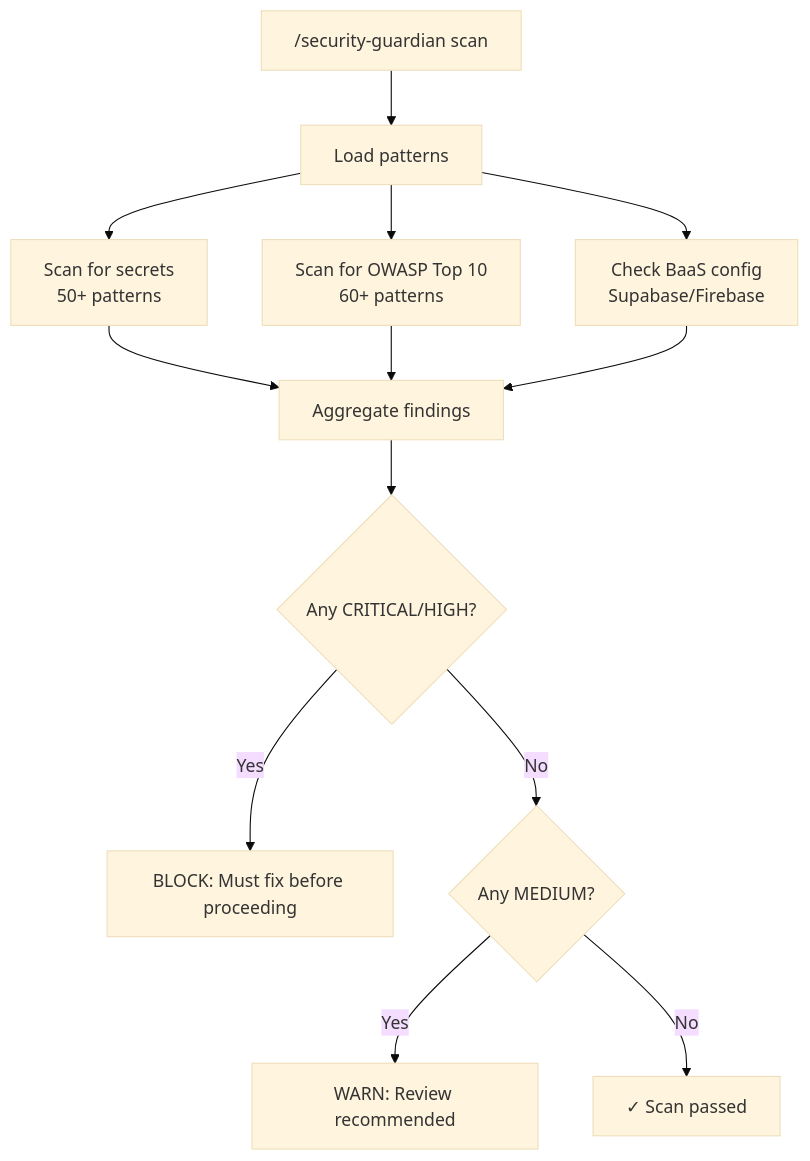
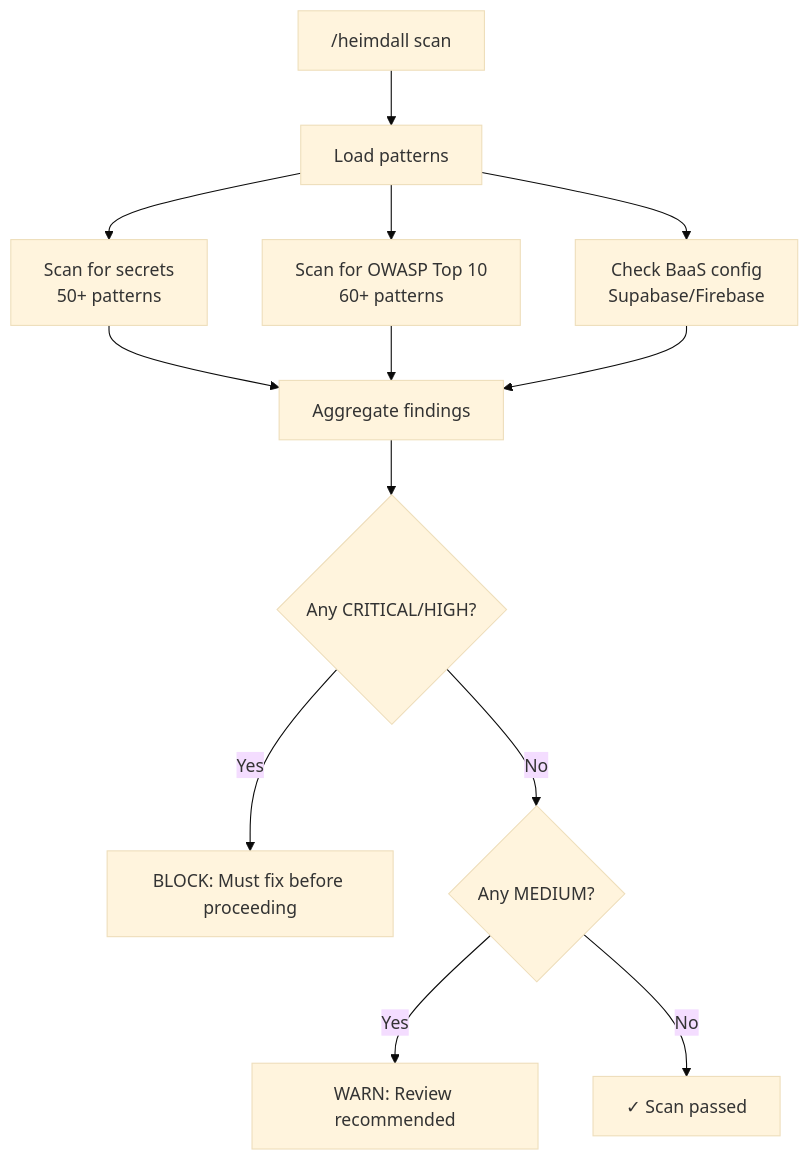
One commit to TNASRLSB/vibe-framework changed the tenth of 13 diagrams in .claude/docs/workflows.md. Above: the diagram before and after it, drawn with Mermaid (base theme). The commit also changed other lines of this file and 227 other files, not shown here.

````diff
--- a/.claude/docs/workflows.md
+++ b/.claude/docs/workflows.md
@@ -270,17 +270,17 @@
 ```mermaid
 flowchart TD
-    A["/security-guardian scan"] --> B[Load patterns]
+    A["/heimdall scan"] --> B[Load patterns]
     B --> C["Scan for secrets<br/>50+ patterns"]
     B --> D["Scan for OWASP Top 10<br/>60+ patterns"]
     B --> E["Check BaaS config<br/>Supabase/Firebase"]
 
     C --> F[Aggregate findings]
     D --> F
     E --> F
 
     F --> G{Any CRITICAL/HIGH?}
     G -->|Yes| H[BLOCK: Must fix before proceeding]
     G -->|No| I{Any MEDIUM?}
     I -->|Yes| J[WARN: Review recommended]
     I -->|No| K[✓ Scan passed]
 ```
````
